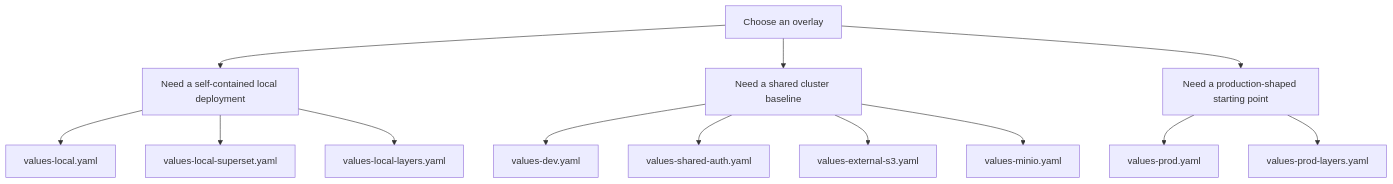
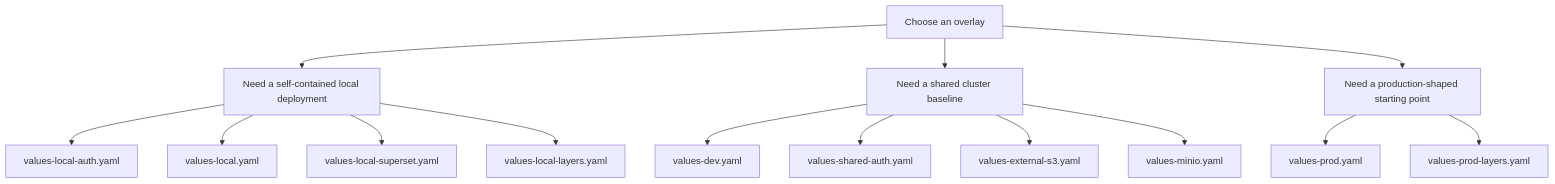
Before and after one commit to sanger-pathogens/dlh-in-a-box-umbrella-helm-chart: the diagram in examples/README.md, drawn with Mermaid. The commit also changed other lines of this file and 54 other files, not shown here.

````diff
--- a/examples/README.md
+++ b/examples/README.md
@@ -8,17 +8,18 @@
 ```mermaid
 flowchart TD
   Start[Choose an overlay]
   Start --> Local[Need a self-contained local deployment]
   Start --> Shared[Need a shared cluster baseline]
   Start --> Prod[Need a production-shaped starting point]
 
+  Local --> LocalAuth[values-local-auth.yaml]
   Local --> LocalBase[values-local.yaml]
   Local --> LocalSuperset[values-local-superset.yaml]
   Local --> LocalLayers[values-local-layers.yaml]
   Shared --> Dev[values-dev.yaml]
   Shared --> SharedAuth[values-shared-auth.yaml]
   Shared --> ExternalS3[values-external-s3.yaml]
   Shared --> MinioOnly[values-minio.yaml]
   Prod --> ProdBase[values-prod.yaml]
   Prod --> ProdLayers[values-prod-layers.yaml]
 ```
````
